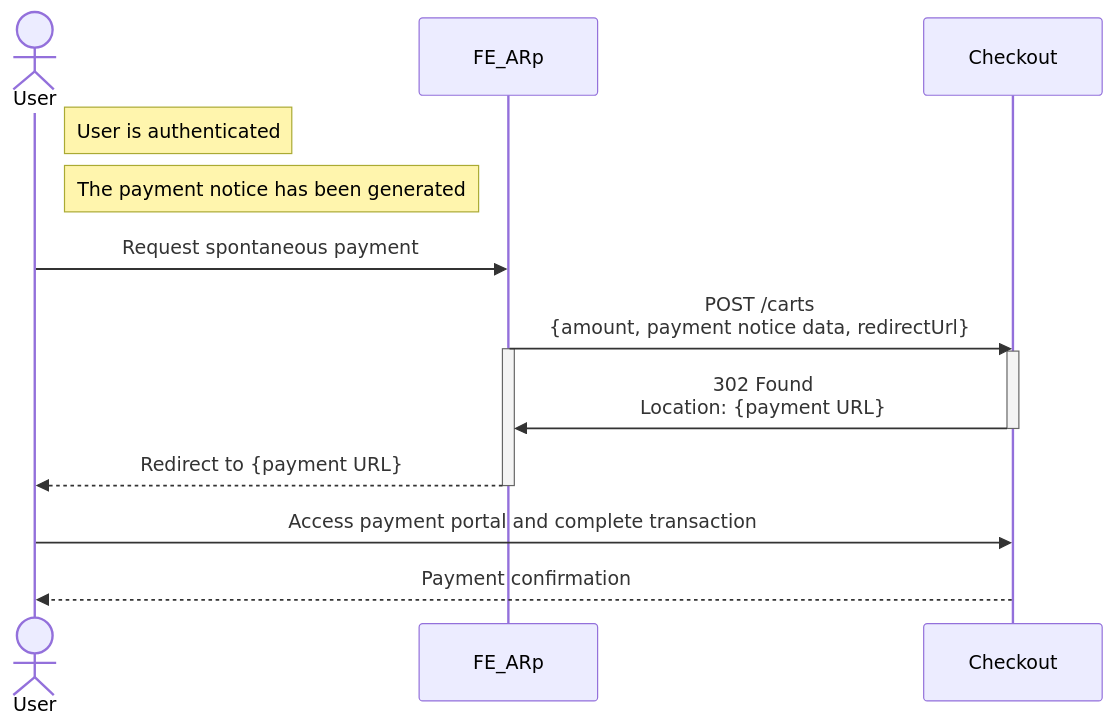
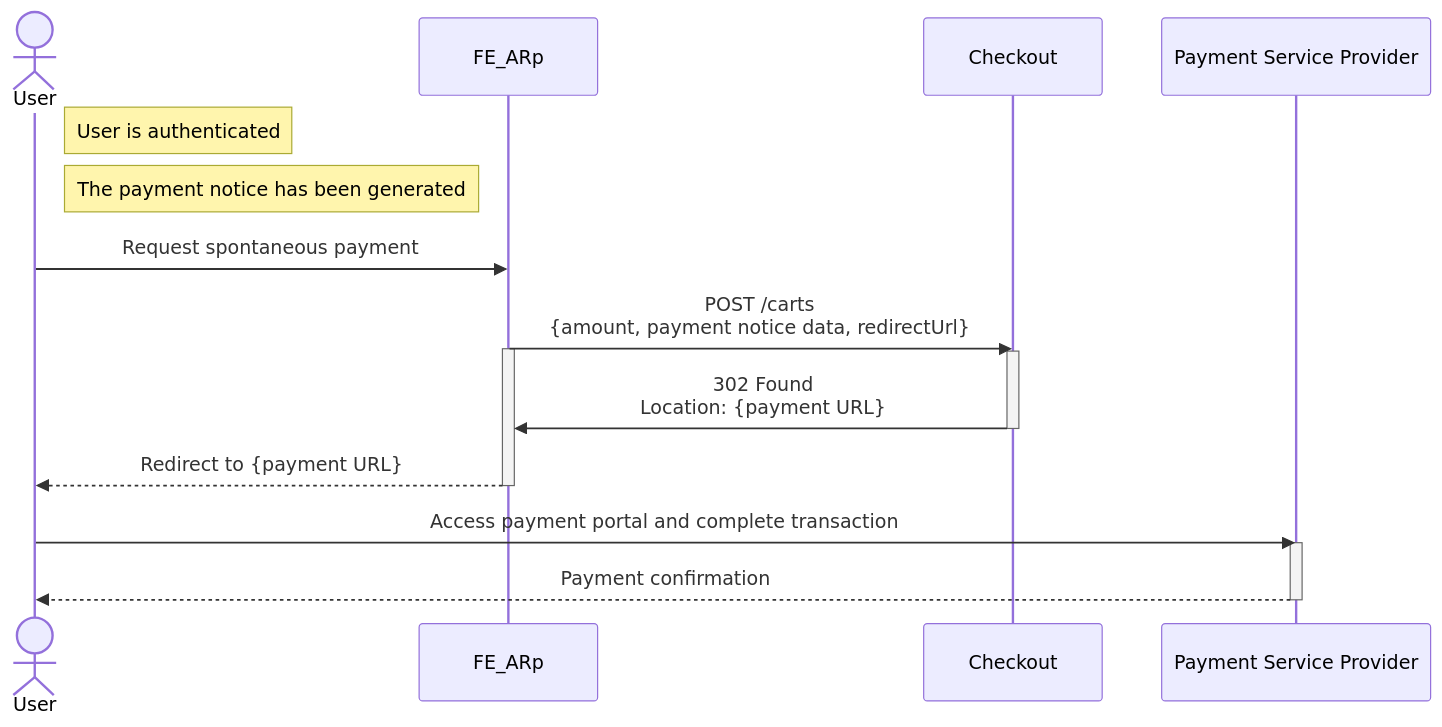
One commit to pagopa/arc-doc changed the diagram in design/arc/spontaneous/sequence_diagram_payment_with_checkout.mmd. Above: the diagram before and after it, drawn with Mermaid. The commit also changed 3 other files, not shown here.

Commit message:
P4PU-820 updated sequence diagram

```diff
--- a/design/arc/spontaneous/sequence_diagram_payment_with_checkout.mmd
+++ b/design/arc/spontaneous/sequence_diagram_payment_with_checkout.mmd
@@ -1,21 +1,22 @@
 sequenceDiagram
+
     actor User
     participant FE_ARp
     participant Checkout
+    participant PSP as Payment Service Provider
 
     note right of User: User is authenticated
     note right of User: The payment notice has been generated
 
     User ->> FE_ARp : Request spontaneous payment
     FE_ARp ->> Checkout : POST /carts <br> {amount, payment notice data, redirectUrl}
     activate FE_ARp
-    activate Checkout
-
-    Checkout ->> FE_ARp : 302 Found <br> Location: {payment URL}
-    deactivate Checkout
-
-    FE_ARp -->> User : Redirect to {payment URL}
+        activate Checkout
+            Checkout ->> FE_ARp : 302 Found <br> Location: {payment URL}
+        deactivate Checkout
+        FE_ARp -->> User : Redirect to {payment URL}
     deactivate FE_ARp
-
-    User ->> Checkout : Access payment portal and complete transaction
-    Checkout -->> User : Payment confirmation
+    User ->> PSP : Access payment portal and complete transaction
+    activate PSP
+        PSP -->> User : Payment confirmation
+    deactivate PSP
```
